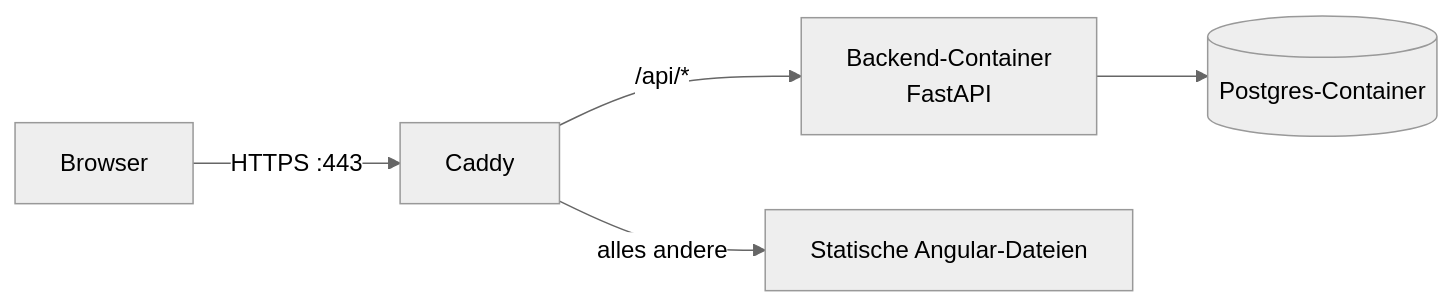
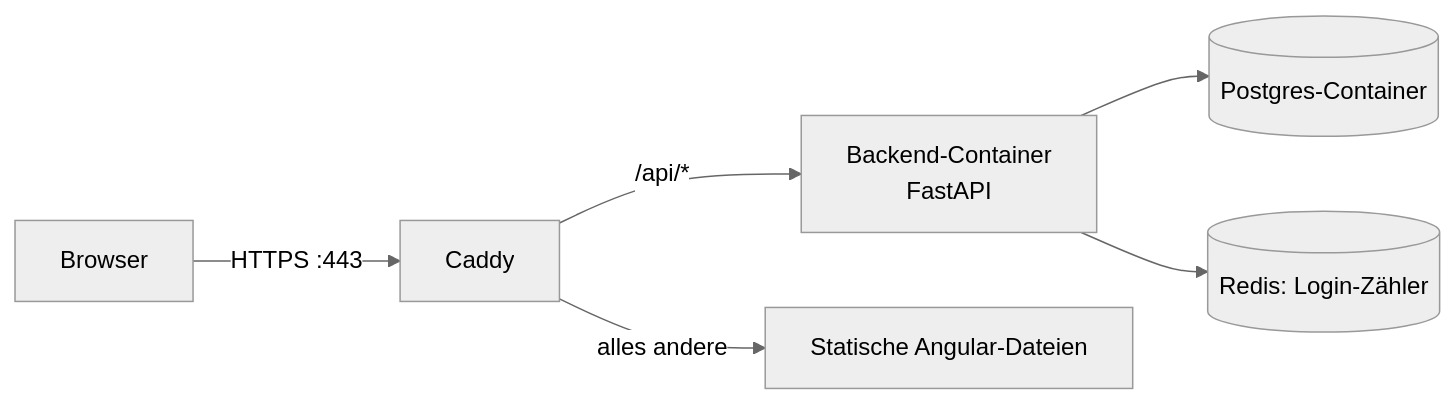
The diagram in docs/deployment.md (okankpl/SmartDesk), drawn with Mermaid (neutral theme) before and after one commit. The commit also changed other lines of this file and 26 other files, not shown here.

First line of the commit message:
feat(auth): add shared Redis login throttling and retry cooldown

````diff
--- a/docs/deployment.md
+++ b/docs/deployment.md
@@ -11,7 +11,8 @@
 ```mermaid
 flowchart LR
     Browser -->|HTTPS :443| Caddy
     Caddy -->|"/api/*"| Backend[Backend-Container<br/>FastAPI]
     Caddy -->|alles andere| Static[Statische Angular-Dateien]
     Backend --> Postgres[(Postgres-Container)]
+    Backend --> Redis[(Redis: Login-Zähler)]
 ```
````
